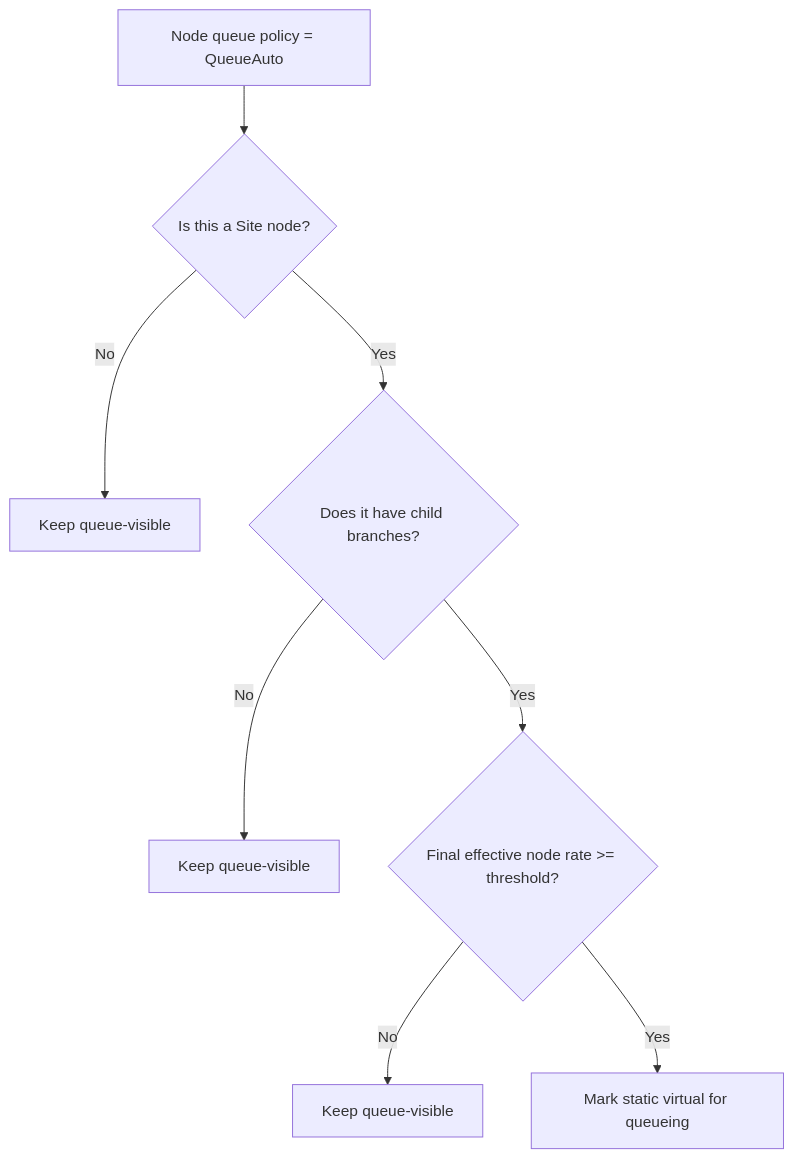
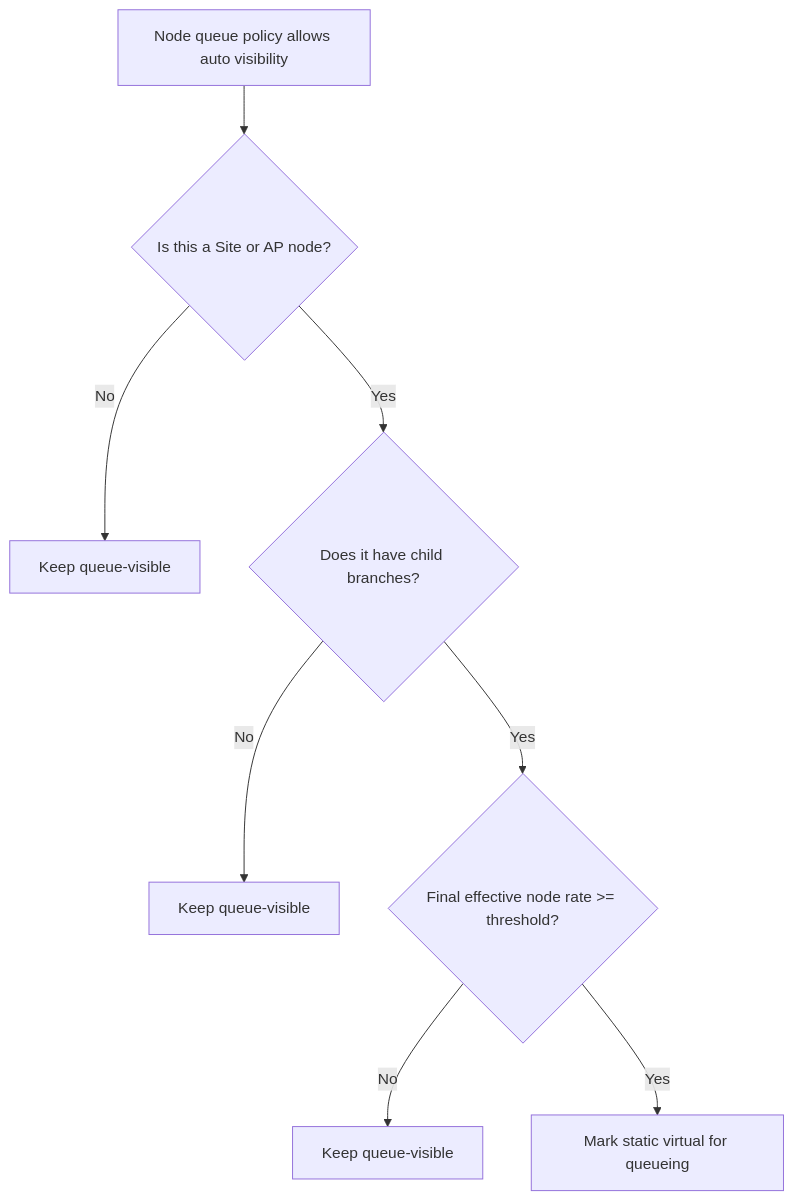
Before and after one commit to jackhenry/LibreQoS: the first of 6 diagrams in docs/v2.0/configuration-advanced.md, drawn with Mermaid. The commit also changed other lines of this file and 6 other files, not shown here.

````diff
--- a/docs/v2.0/configuration-advanced.md
+++ b/docs/v2.0/configuration-advanced.md
@@ -132,10 +132,10 @@
 ```{mermaid}
 flowchart TD
-    A[Node queue policy = QueueAuto] --> B{Is this a Site node?}
+    A[Node queue policy allows auto visibility] --> B{Is this a Site or AP node?}
     B -->|No| C[Keep queue-visible]
     B -->|Yes| D{Does it have child branches?}
     D -->|No| E[Keep queue-visible]
     D -->|Yes| F{Final effective node rate >= threshold?}
     F -->|No| G[Keep queue-visible]
     F -->|Yes| H[Mark static virtual for queueing]
 ```
````
